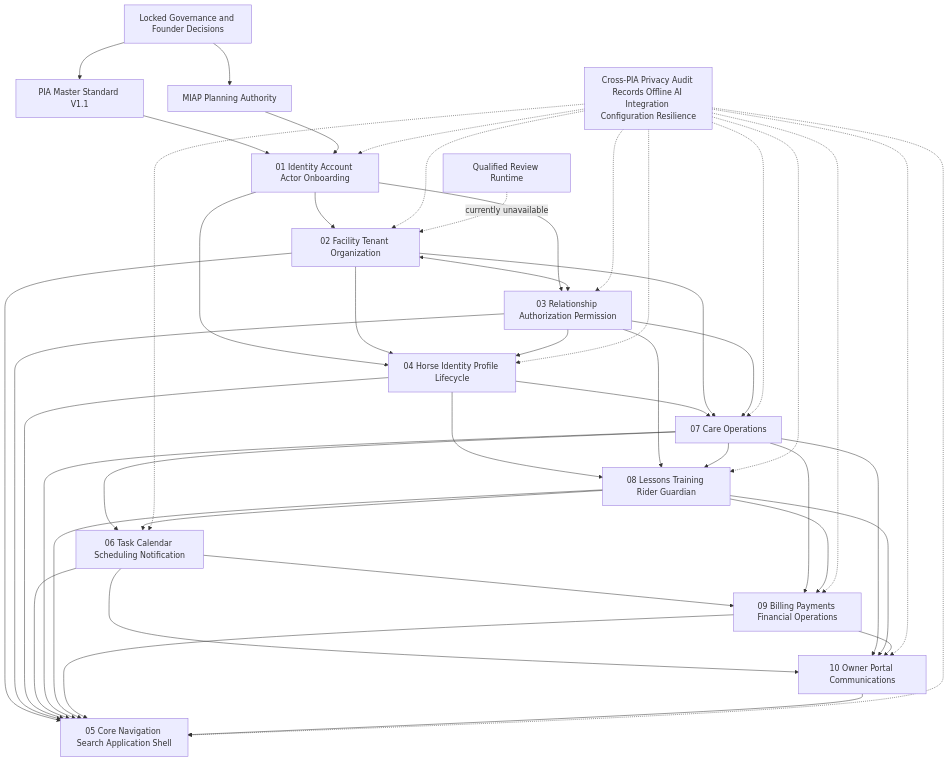
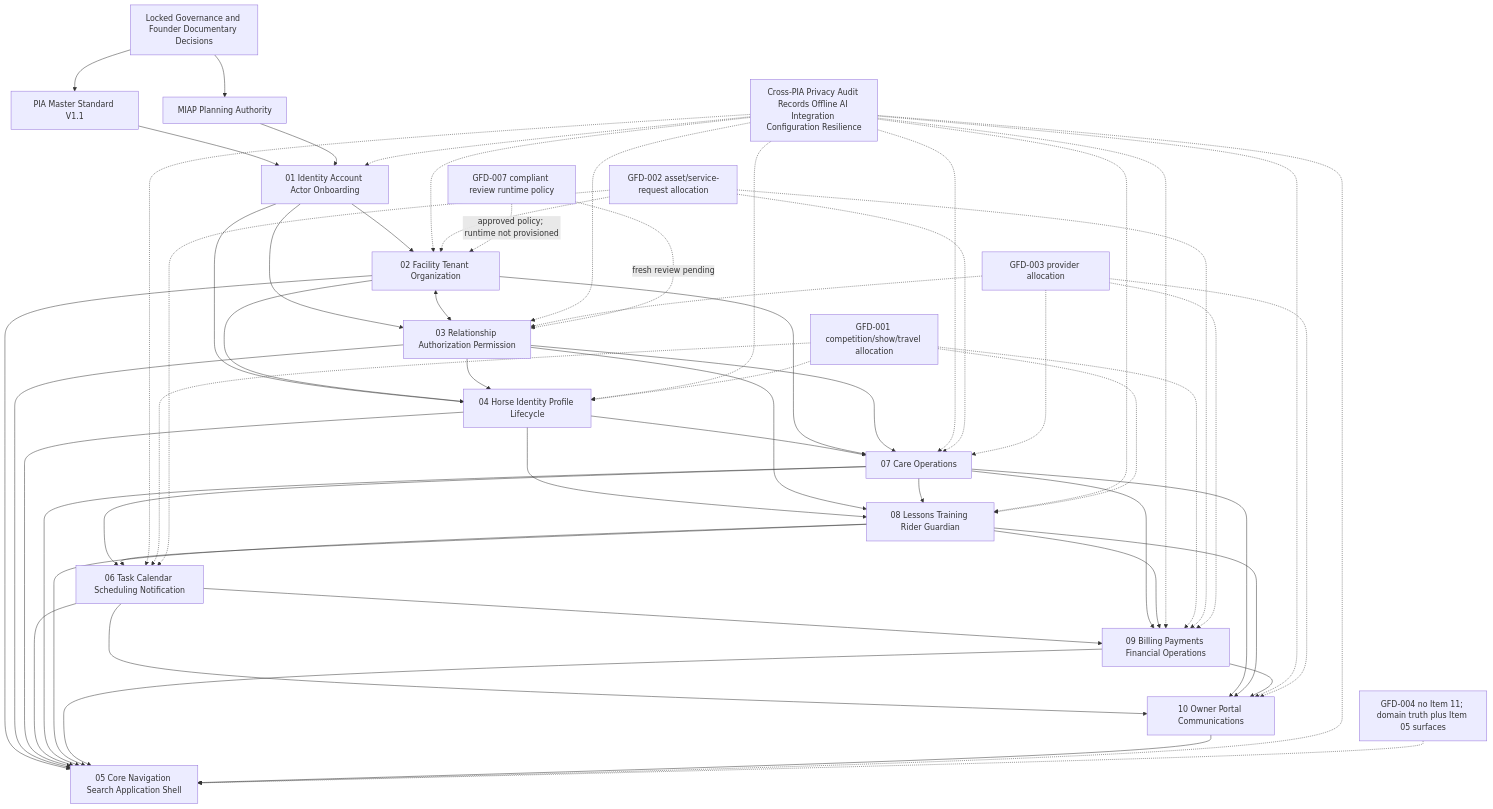
Before and after one commit to rianray2012-coder/EquineSync-V4: the diagram in governance/pia_program/ES-PIA-REMAINING-PROGRAM-V1.0.0/REMAINING_PIA_DEPENDENCY_GRAPH.md, drawn with Mermaid. The commit also changed other lines of this file and 57 other files, not shown here.

Commit message:
docs: incorporate founder PIA decisions and strengthen item 03 candidate

````diff
--- a/governance/pia_program/ES-PIA-REMAINING-PROGRAM-V1.0.0/REMAINING_PIA_DEPENDENCY_GRAPH.md
+++ b/governance/pia_program/ES-PIA-REMAINING-PROGRAM-V1.0.0/REMAINING_PIA_DEPENDENCY_GRAPH.md
@@ -6,47 +6,61 @@
 ```mermaid
 flowchart TD
-  G["Locked Governance and Founder Decisions"] --> S["PIA Master Standard V1.1"]
+  G["Locked Governance and Founder Documentary Decisions"] --> S["PIA Master Standard V1.1"]
   G --> M["MIAP Planning Authority"]
   S --> P01["01 Identity Account Actor Onboarding"]
   M --> P01
   P01 --> P02["02 Facility Tenant Organization"]
   P01 --> P03["03 Relationship Authorization Permission"]
   P02 <--> P03
   P01 --> P04["04 Horse Identity Profile Lifecycle"]
   P02 --> P04
   P03 --> P04
   P04 --> P07["07 Care Operations"]
   P02 --> P07
   P03 --> P07
   P04 --> P08["08 Lessons Training Rider Guardian"]
   P03 --> P08
   P07 --> P08
   P07 --> P06["06 Task Calendar Scheduling Notification"]
   P08 --> P06
   P06 --> P09["09 Billing Payments Financial Operations"]
   P07 --> P09
   P08 --> P09
   P06 --> P10["10 Owner Portal Communications"]
   P07 --> P10
   P08 --> P10
   P09 --> P10
   P02 --> P05["05 Core Navigation Search Application Shell"]
   P03 --> P05
   P04 --> P05
   P06 --> P05
   P07 --> P05
   P08 --> P05
   P09 --> P05
   P10 --> P05
   X["Cross-PIA Privacy Audit Records Offline AI Integration Configuration Resilience"] -.-> P01
   X -.-> P02
   X -.-> P03
   X -.-> P04
   X -.-> P05
   X -.-> P06
   X -.-> P07
   X -.-> P08
   X -.-> P09
   X -.-> P10
-  R["Qualified Review Runtime"] -. "currently unavailable" .-> P02
+  D1["GFD-001 competition/show/travel allocation"] -.-> P04
+  D1 -.-> P06
+  D1 -.-> P08
+  D1 -.-> P09
+  D2["GFD-002 asset/service-request allocation"] -.-> P02
+  D2 -.-> P06
+  D2 -.-> P07
+  D2 -.-> P09
+  D3["GFD-003 provider allocation"] -.-> P03
+  D3 -.-> P07
+  D3 -.-> P09
+  D3 -.-> P10
+  D4["GFD-004 no Item 11; domain truth plus Item 05 surfaces"] -.-> P05
+  R["GFD-007 compliant review runtime policy"] -. "approved policy; runtime not provisioned" .-> P02
+  R -. "fresh review pending" .-> P03
 ```
````
